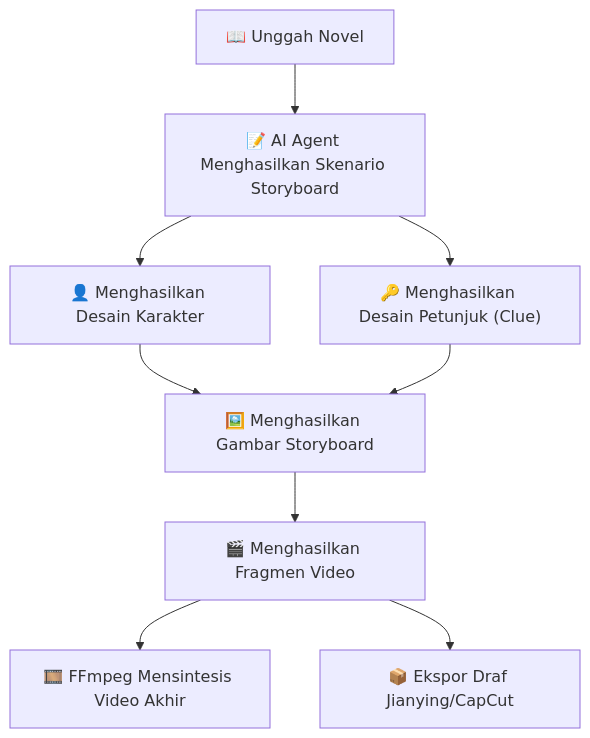
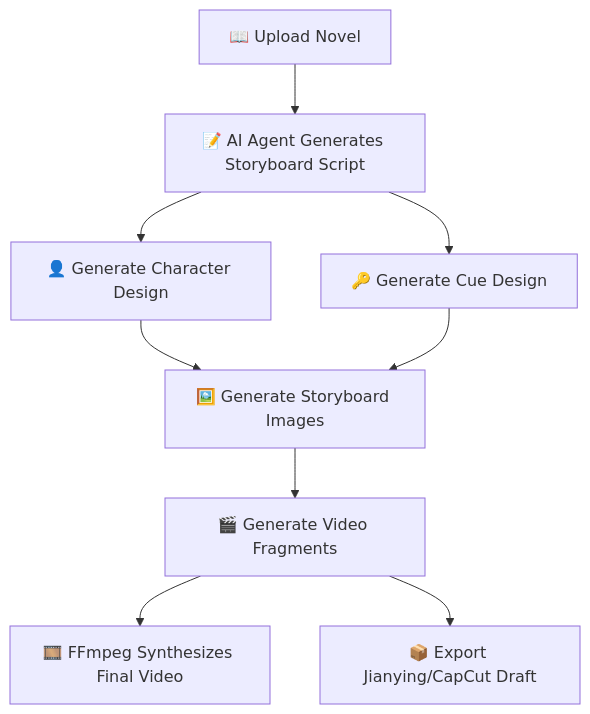
Before and after one commit to zedfar/ArcReel: the first of 3 diagrams in README.md, drawn with Mermaid. The commit also changed other lines of this file and 191 other files, not shown here.

````diff
--- a/README.md
+++ b/README.md
@@ -70,11 +69,11 @@
 ```mermaid
 graph TD
-    A["📖 Unggah Novel"] --> B["📝 AI Agent Menghasilkan Skenario Storyboard"]
-    B --> C["👤 Menghasilkan Desain Karakter"]
-    B --> D["🔑 Menghasilkan Desain Petunjuk (Clue)"]
-    C --> E["🖼️ Menghasilkan Gambar Storyboard"]
+    A["📖 Upload Novel"] --> B["📝 AI Agent Generates Storyboard Script"]
+    B --> C["👤 Generate Character Design"]
+    B --> D["🔑 Generate Cue Design"]
+    C --> E["🖼️ Generate Storyboard Images"]
     D --> E
-    E --> F["🎬 Menghasilkan Fragmen Video"]
-    F --> G["🎞️ FFmpeg Mensintesis Video Akhir"]
-    F --> H["📦 Ekspor Draf Jianying/CapCut"]
+    E --> F["🎬 Generate Video Fragments"]
+    F --> G["🎞️ FFmpeg Synthesizes Final Video"]
+    F --> H["📦 Export Jianying/CapCut Draft"]
 ```
````
